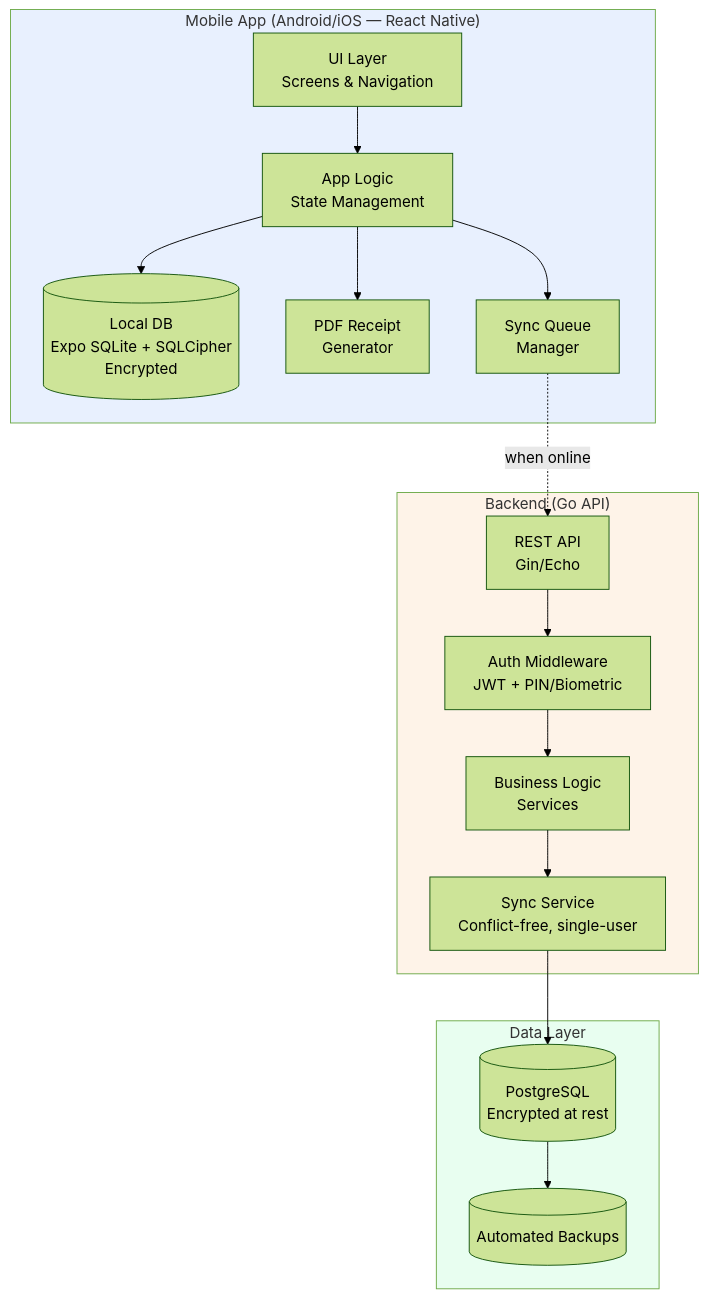
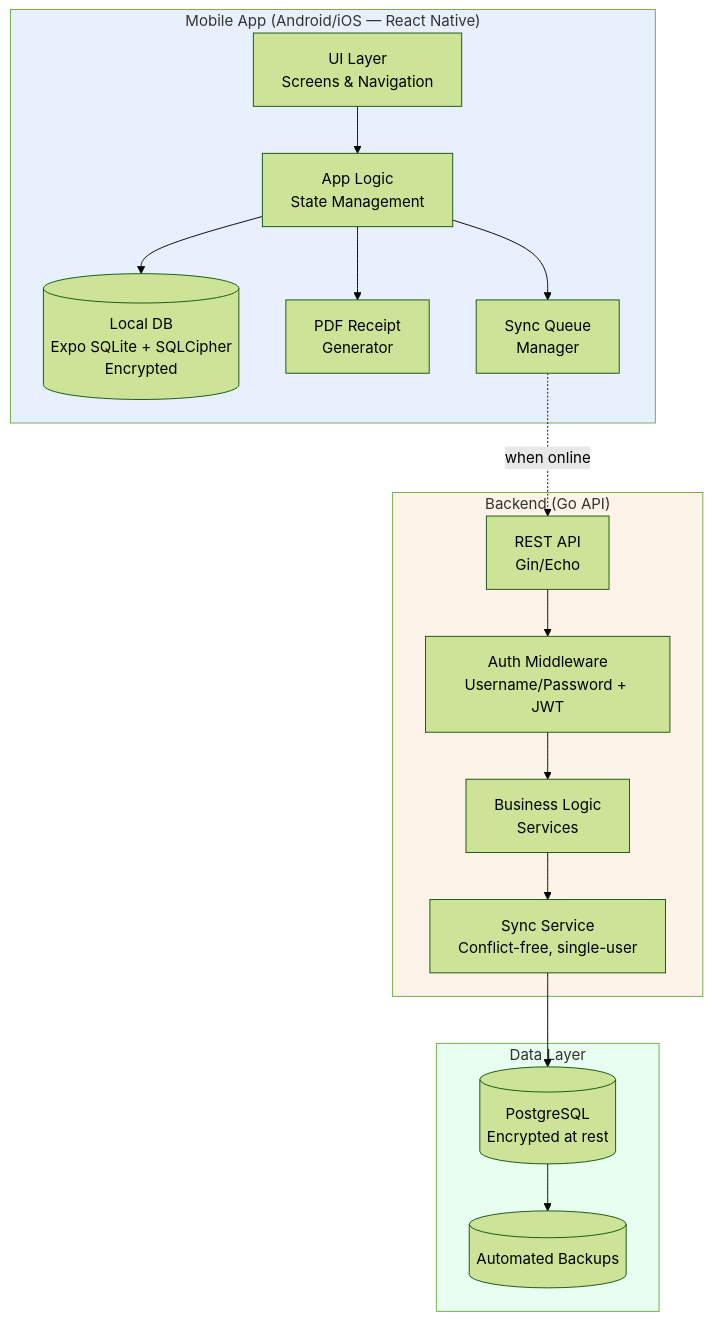
Before and after one commit to fandykun/cito-mobile: the second of 5 diagrams in docs/erd.md, drawn with Mermaid (forest theme). The commit also changed other lines of this file and 2 other files, not shown here.

First line of the commit message:
refactor(auth): use username and password only

````diff
--- a/docs/erd.md
+++ b/docs/erd.md
@@ -170,37 +169,37 @@
 ```mermaid
 flowchart TB
     subgraph Mobile["Mobile App (Android/iOS — React Native)"]
         UI[UI Layer<br/>Screens & Navigation]
         LOGIC[App Logic<br/>State Management]
         LOCALDB[(Local DB<br/>Expo SQLite + SQLCipher<br/>Encrypted)]
         PDFGEN[PDF Receipt<br/>Generator]
         SYNCQ[Sync Queue<br/>Manager]
     end
 
     subgraph Backend["Backend (Go API)"]
         API[REST API<br/>Gin/Echo]
-        AUTH[Auth Middleware<br/>JWT + PIN/Biometric]
+        AUTH[Auth Middleware<br/>Username/Password + JWT]
         BIZLOGIC[Business Logic<br/>Services]
         SYNCSVC[Sync Service<br/>Conflict-free, single-user]
     end
 
     subgraph Data["Data Layer"]
         PG[(PostgreSQL<br/>Encrypted at rest)]
         BACKUP[(Automated Backups)]
     end
 
     UI --> LOGIC
     LOGIC --> LOCALDB
     LOGIC --> PDFGEN
     LOGIC --> SYNCQ
     SYNCQ -.->|when online| API
     API --> AUTH
     AUTH --> BIZLOGIC
     BIZLOGIC --> SYNCSVC
     SYNCSVC --> PG
     PG --> BACKUP
 
     style Mobile fill:#e8f0fe
     style Backend fill:#fef3e8
     style Data fill:#e8fef0
 ```
````
